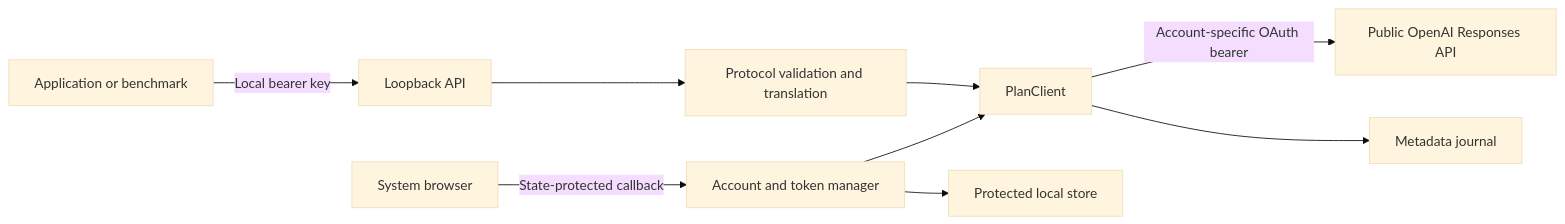
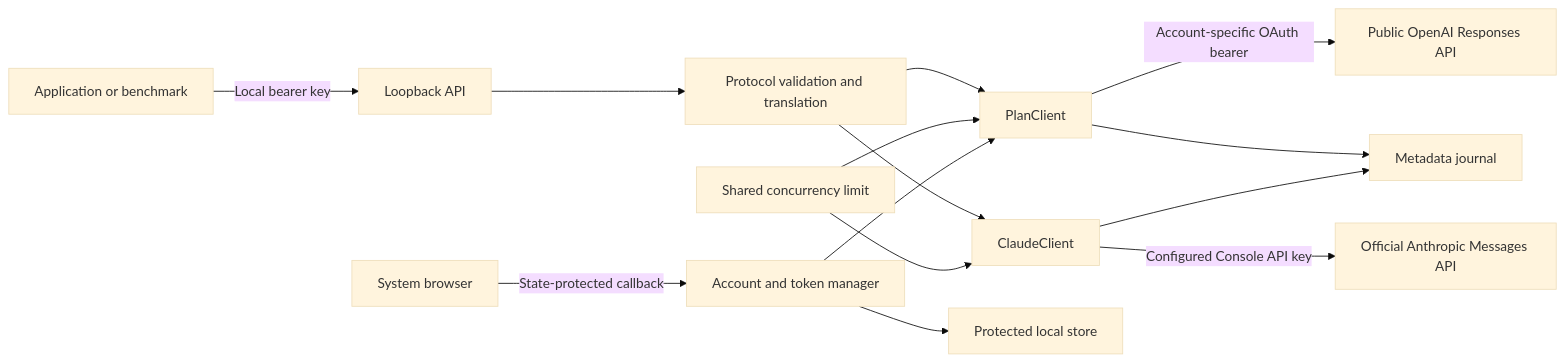
Before and after one commit to Nerdstorm/ClaudexOpenRouter: the diagram in docs/architecture.md, drawn with Mermaid (base theme). The commit also changed other lines of this file and 15 other files, not shown here.

Commit message:
Add Claude API adapter and portable prompt caching

````diff
--- a/docs/architecture.md
+++ b/docs/architecture.md
@@ -5,11 +5,16 @@
 ```mermaid
 flowchart LR
     C[Application or benchmark] -->|Local bearer key| G[Loopback API]
     G --> P[Protocol validation and translation]
     P --> T[PlanClient]
+    P --> CAPI[ClaudeClient]
     T -->|Account-specific OAuth bearer| R[Public OpenAI Responses API]
+    CAPI -->|Configured Console API key| AR[Official Anthropic Messages API]
     T --> J[Metadata journal]
+    CAPI --> J
+    L[Shared concurrency limit] --> T
+    L --> CAPI
     A[Account and token manager] --> T
     A --> S[Protected local store]
     B[System browser] -->|State-protected callback| A
 ```
````
